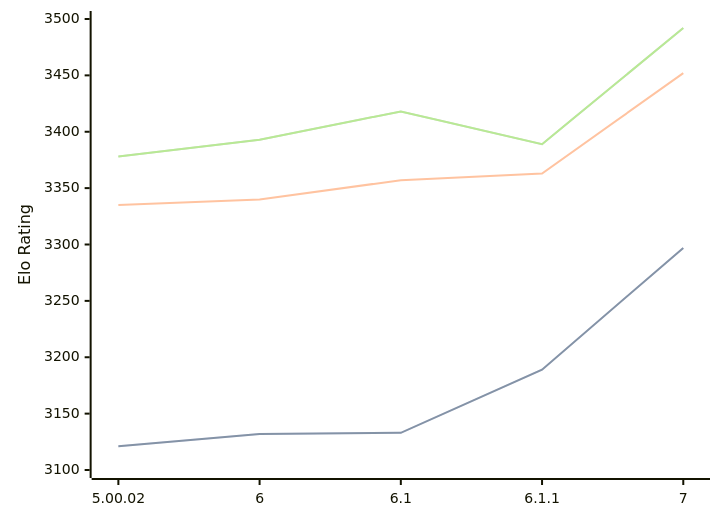
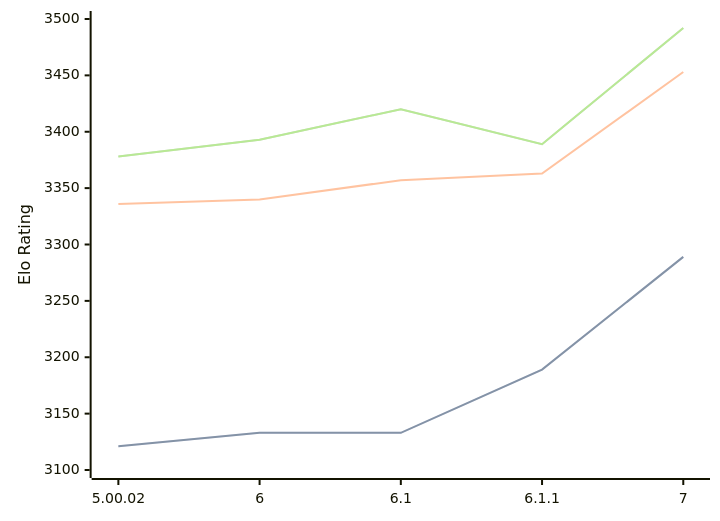
One commit to computer-chess-index/cci changed the diagram in engines/Zangdar.md. Above: the diagram before and after it, drawn with Mermaid. The commit also changed other lines of this file, not shown here.

Commit message:
Update CCI Ratings (ELO VLTC) - 2026-07-20

````diff
--- a/engines/Zangdar.md
+++ b/engines/Zangdar.md
@@ -47,11 +47,11 @@
 ```mermaid
 %%{init: {"theme":"base","themeVariables":{"seriesColors:['#a3a3a3','#222221','#faa371']}}}%%
 xychart-beta
   x-axis ["5.00.02", "6", "6.1", "6.1.1", "7"]
   y-axis "Elo Rating" 3100 --> 3500
-  line "STC (8.0+0.08s)" [3121, 3132, 3133, 3189, 3297]
-  line "STC (8.0+0.08s)" [3121, 3132, 3133, 3189, 3297]
-  line "LTC (60.0+0.60s)" [3335, 3340, 3357, 3363, 3452]
-  line "VLTC (2m24s+1.12s)" [3378, 3393, 3418, 3389, 3492]
-  line "VLTC (2m24s+1.12s)" [3378, 3393, 3418, 3389, 3492]
+  line "STC (8.0+0.08s)" [3121, 3133, 3133, 3189, 3289]
+  line "STC (8.0+0.08s)" [3121, 3133, 3133, 3189, 3289]
+  line "LTC (60.0+0.60s)" [3336, 3340, 3357, 3363, 3453]
+  line "VLTC (2m24s+1.12s)" [3378, 3393, 3420, 3389, 3492]
+  line "VLTC (2m24s+1.12s)" [3378, 3393, 3420, 3389, 3492]
 ```
````
